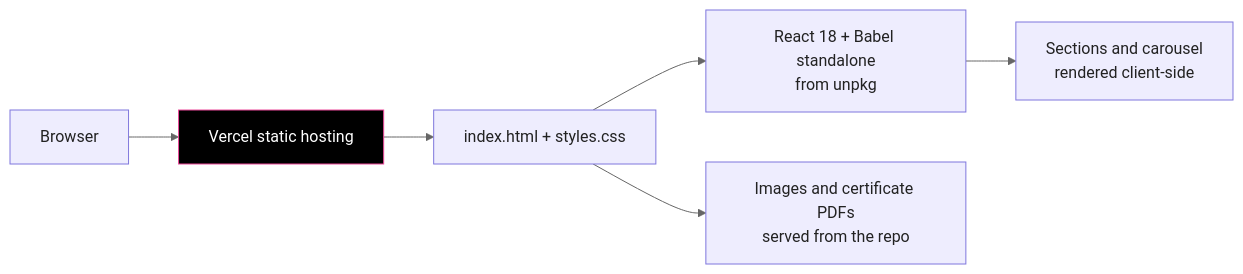
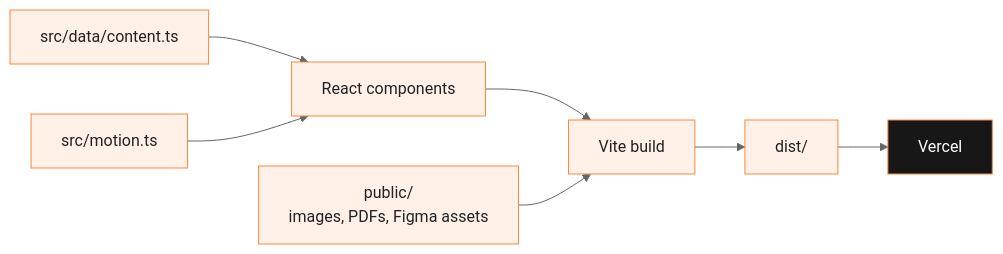
One commit to mukesh-dev-git/portfolio-mukeshkumar changed the diagram in README.md. Above: the diagram before and after it, drawn with Mermaid (neutral theme). The commit also changed other lines of this file, not shown here.

Commit message:
Update README for the React + Vite rebuild

````diff
--- a/README.md
+++ b/README.md
@@ -37,13 +52,14 @@
 ```mermaid
 flowchart LR
-    B[Browser] --> V[Vercel static hosting]
-    V --> H[index.html + styles.css]
-    H --> R[React 18 + Babel standalone<br/>from unpkg]
-    R --> S[Sections and carousel<br/>rendered client-side]
-    H --> A[Images and certificate PDFs<br/>served from the repo]
+    C[src/data/content.ts] --> R[React components]
+    M[src/motion.ts] --> R
+    R --> V[Vite build]
+    V --> D[dist/]
+    D --> H[Vercel]
+    P[public/<br/>images, PDFs, Figma assets] --> V
 
-    classDef host fill:#000000,stroke:#EC4899,color:#fff
-    classDef page fill:#EEEDFE,stroke:#7F77DD,color:#222
-    class V host
-    class B,H,R,S,A page
+    classDef host fill:#171717,stroke:#FD853A,color:#fff
+    classDef page fill:#FFF1E8,stroke:#FD853A,color:#222
+    class H host
+    class C,M,R,V,D,P page
 ```
````
